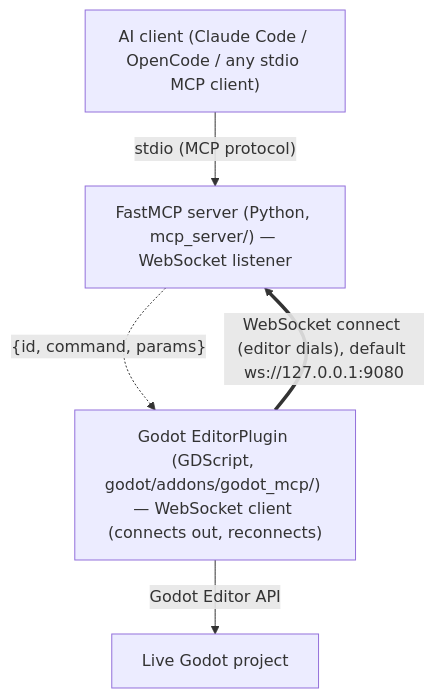
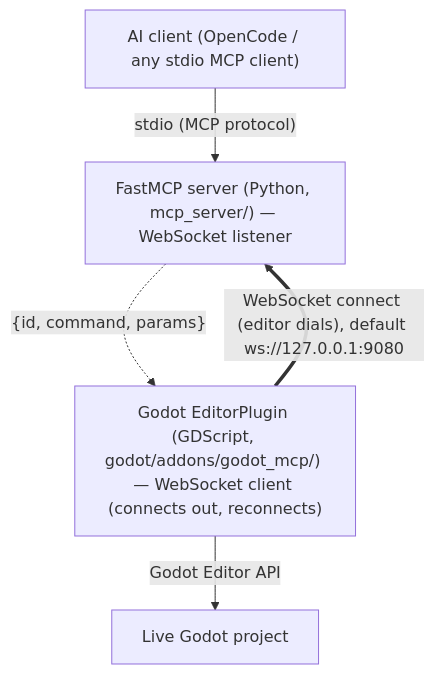
The diagram in AGENTS.md (MuhamadBarzani/godot-mcp), drawn with Mermaid before and after one commit. The commit also changed other lines of this file and 3 other files, not shown here.

First line of the commit message:
chore: remove all Claude Code references and .mcp.json

````diff
--- a/AGENTS.md
+++ b/AGENTS.md
@@ -37,11 +37,11 @@
 ```mermaid
 flowchart TD
-    AI["AI client (Claude Code / OpenCode / any stdio MCP client)"]
+    AI["AI client (OpenCode / any stdio MCP client)"]
     SRV["FastMCP server (Python, mcp_server/) — WebSocket listener"]
     ADDON["Godot EditorPlugin (GDScript, godot/addons/godot_mcp/) — WebSocket client (connects out, reconnects)"]
     PROJ["Live Godot project"]
     AI -->|"stdio (MCP protocol)"| SRV
     ADDON ==>|"WebSocket connect (editor dials), default ws://127.0.0.1:9080"| SRV
     SRV -.->|"{id, command, params}"| ADDON
     ADDON -->|"Godot Editor API"| PROJ
 ```
````
